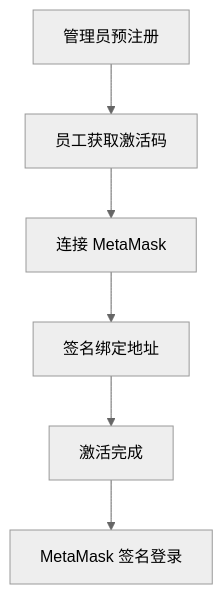
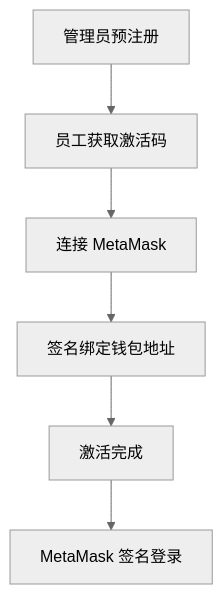
One commit to Roamingen/aero-evidence changed the first of 3 diagrams in README.md. Above: the diagram before and after it, drawn with Mermaid (neutral theme). The commit also changed other lines of this file, not shown here.

````diff
--- a/README.md
+++ b/README.md
@@ -249,8 +264,8 @@
 ```mermaid
 flowchart TD
     A[管理员预注册] --> B[员工获取激活码]
     B --> C[连接 MetaMask]
-    C --> D[签名绑定地址]
+    C --> D[签名绑定钱包地址]
     D --> E[激活完成]
     E --> F[MetaMask 签名登录]
 ```
````
